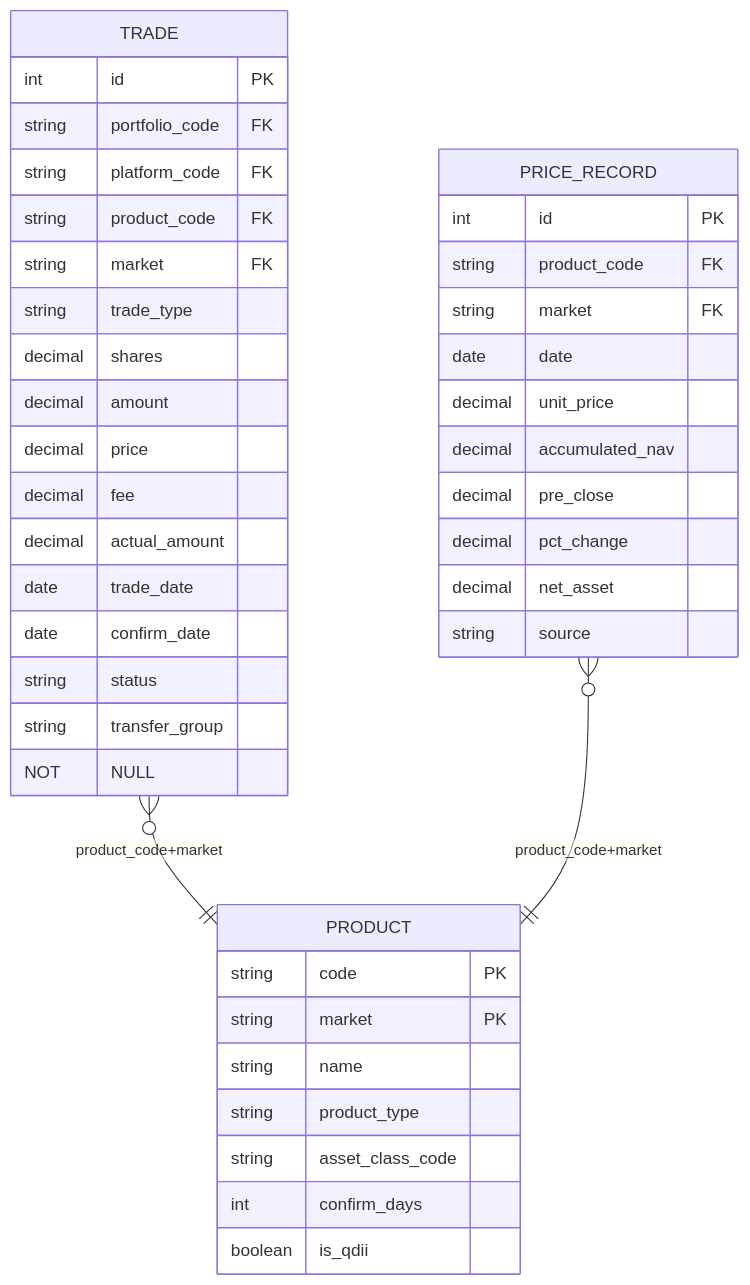
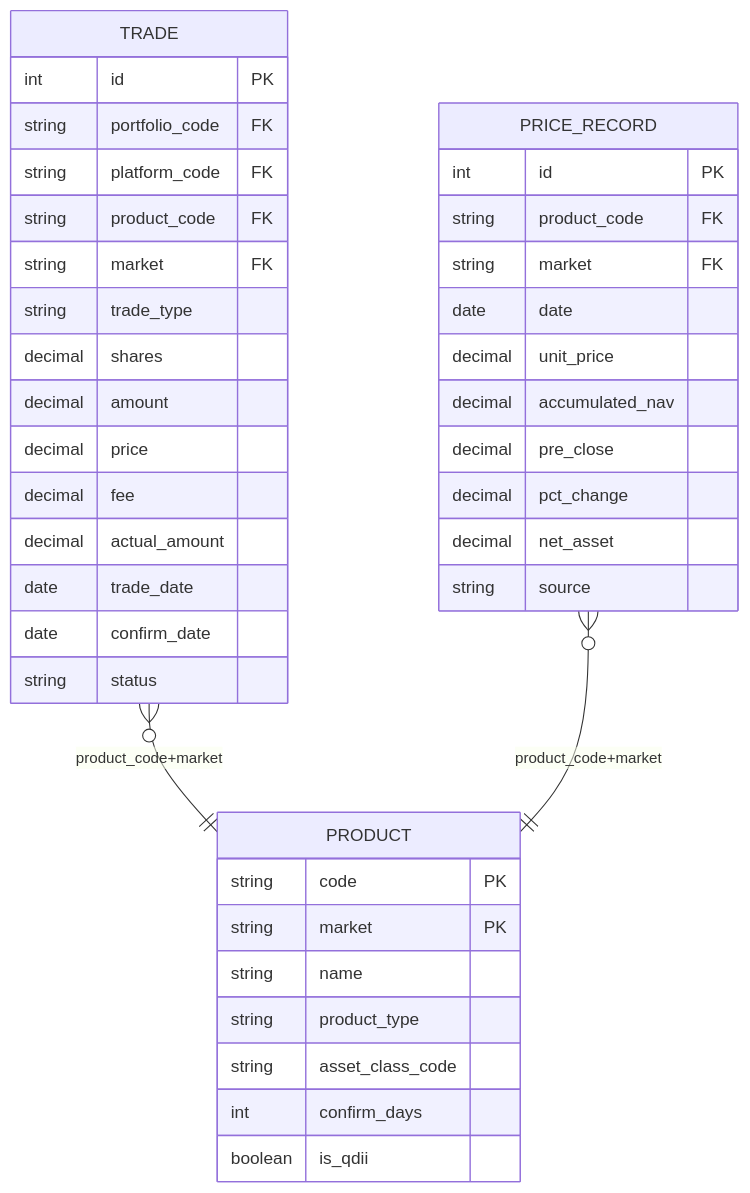
One commit to gujialind/InvestRing changed the fifth of 6 diagrams in .qoder/repowiki/zh/content/数据库设计/核心业务表结构/交易与订单管理表.md. Above: the diagram before and after it, drawn with Mermaid. The commit also changed other lines of this file and 65 other files, not shown here.

````diff
--- a/.qoder/repowiki/zh/content/数据库设计/核心业务表结构/交易与订单管理表.md
+++ b/.qoder/repowiki/zh/content/数据库设计/核心业务表结构/交易与订单管理表.md
@@ -353,43 +338,42 @@
 ```mermaid
 erDiagram
 PRODUCT {
 string code PK
 string market PK
 string name
 string product_type
 string asset_class_code
 int confirm_days
 boolean is_qdii
 }
 TRADE {
 int id PK
 string portfolio_code FK
 string platform_code FK
 string product_code FK
 string market FK
 string trade_type
 decimal shares
 decimal amount
 decimal price
 decimal fee
 decimal actual_amount
 date trade_date
 date confirm_date
 string status
-string transfer_group NOT NULL
 }
 PRICE_RECORD {
 int id PK
 string product_code FK
 string market FK
 date date
 decimal unit_price
 decimal accumulated_nav
 decimal pre_close
 decimal pct_change
 decimal net_asset
 string source
 }
 TRADE }o--|| PRODUCT : "product_code+market"
 PRICE_RECORD }o--|| PRODUCT : "product_code+market"
 ```
````
